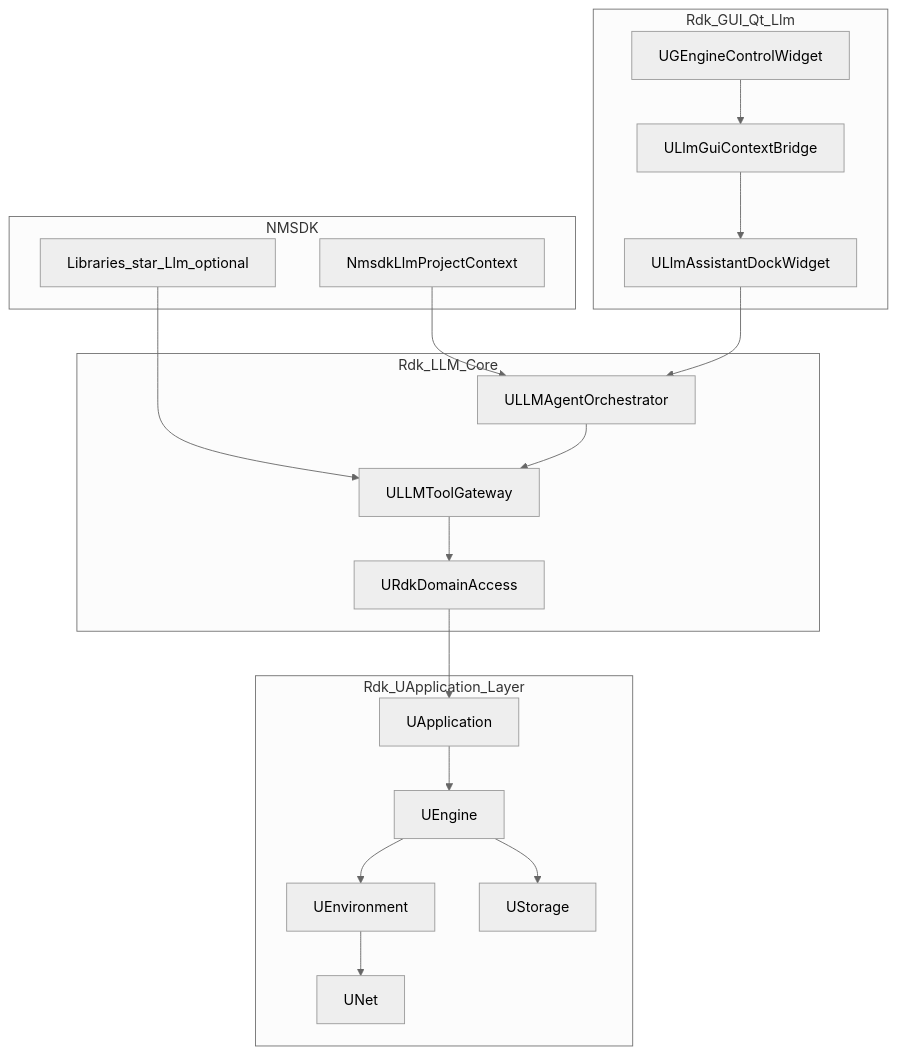
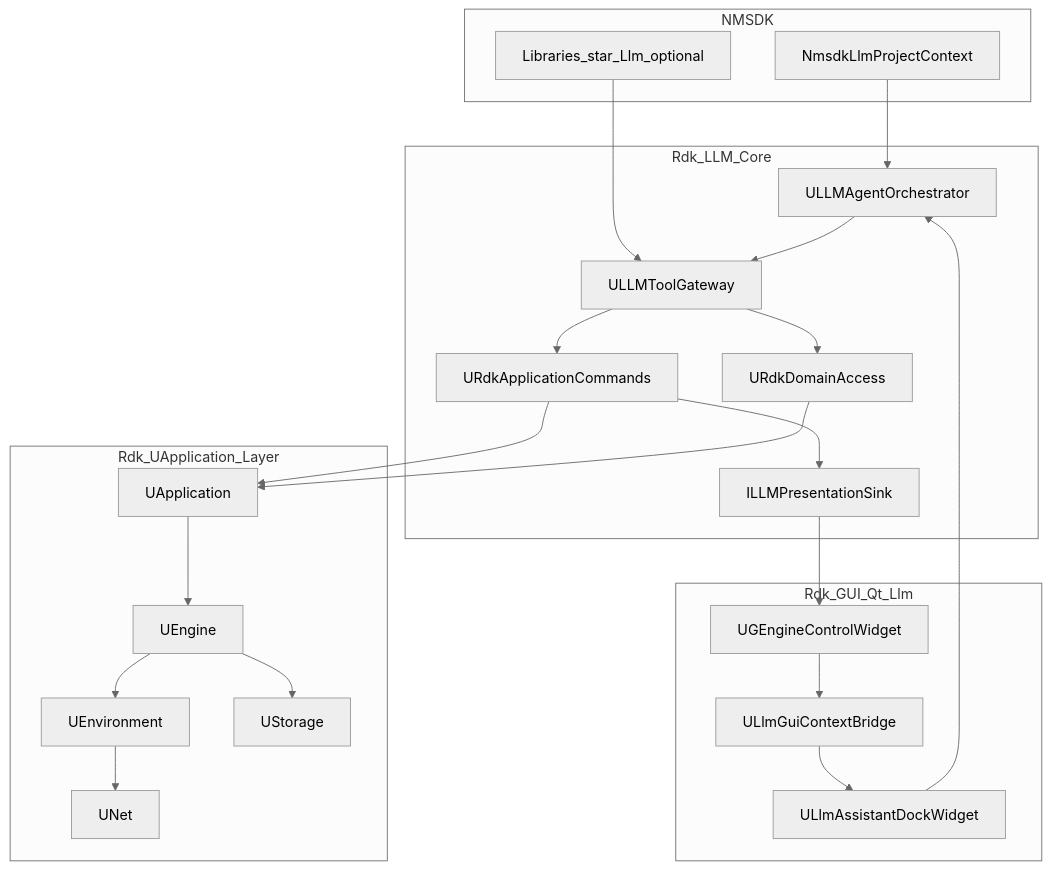
The first of 2 diagrams in LLM/Docs/Architecture.md (aicommunity/Rdk), drawn with Mermaid (neutral theme) before and after one commit. The commit also changed other lines of this file and 9 other files, not shown here.

First line of the commit message:
docs(rdk-llm): update architecture and provider streaming notes

````diff
--- a/LLM/Docs/Architecture.md
+++ b/LLM/Docs/Architecture.md
@@ -24,32 +26,38 @@
 ```mermaid
 flowchart TB
     subgraph nmsdk [NMSDK]
         Provider[NmsdkLlmProjectContext]
         LibLlm[Libraries_star_Llm_optional]
     end
     subgraph gui [Rdk_GUI_Qt_Llm]
         Host[UGEngineControlWidget]
         Bridge[ULlmGuiContextBridge]
         Dock[ULlmAssistantDockWidget]
     end
     subgraph core [Rdk_LLM_Core]
         Orch[ULLMAgentOrchestrator]
         GW[ULLMToolGateway]
+        Cmd[URdkApplicationCommands]
         Dom[URdkDomainAccess]
+        Sink[ILLMPresentationSink]
     end
     subgraph rdk [Rdk_UApplication_Layer]
         App[UApplication]
         Eng[UEngine]
         Env[UEnvironment]
         Stor[UStorage]
         Net[UNet]
     end
     Provider --> Orch
     LibLlm --> GW
     Host --> Bridge --> Dock --> Orch
-    Orch --> GW --> Dom
+    Orch --> GW --> Cmd
+    GW --> Dom
+    Cmd --> App
+    Cmd --> Sink
+    Sink --> Host
     Dom --> App --> Eng
     Eng --> Env
     Eng --> Stor
     Env --> Net
 ```
````
